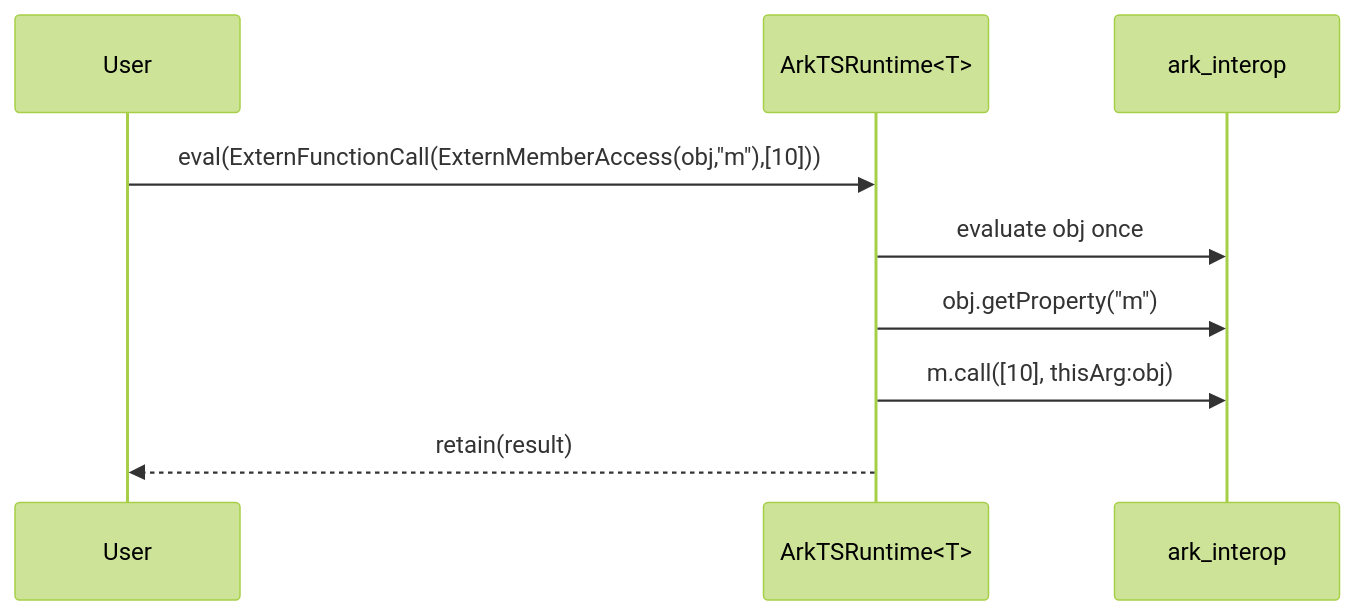
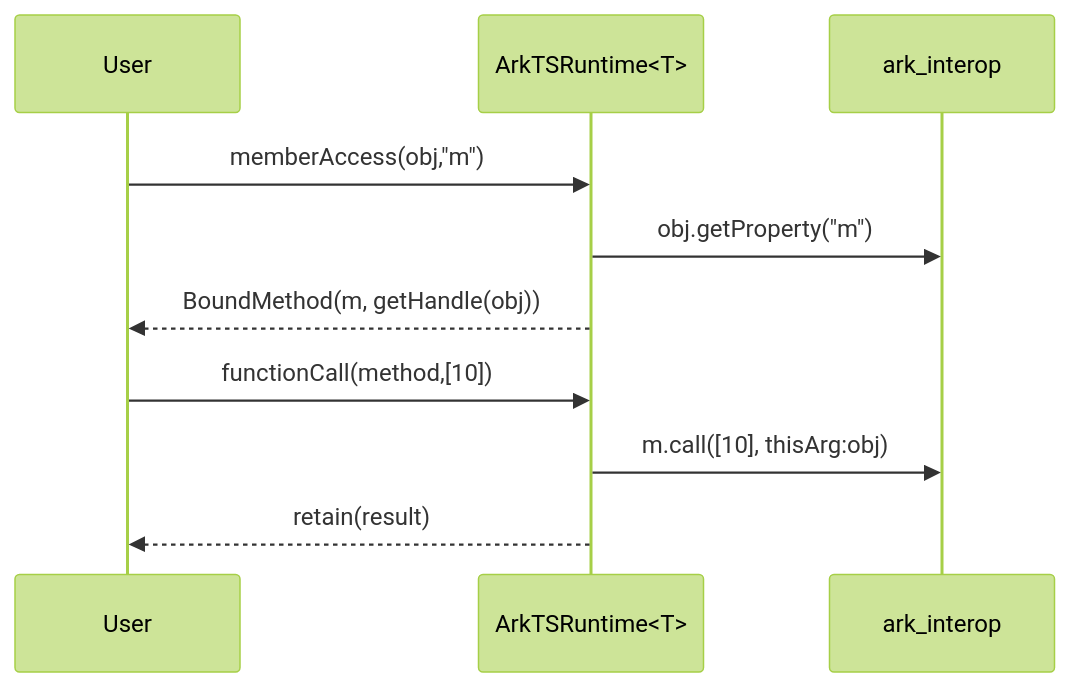
The third of 3 diagrams in docs/arkts_runtime_design_simple_model.md (CJPLUK/cangjie_extern), drawn with Mermaid (forest theme) before and after one commit. The commit also changed other lines of this file, not shown here.

````diff
--- a/docs/arkts_runtime_design_simple_model.md
+++ b/docs/arkts_runtime_design_simple_model.md
@@ -529,11 +506,12 @@
 ```mermaid
 sequenceDiagram
     participant U as User
     participant A as ArkTSRuntime<T>
     participant O as ark_interop
-    U->>A: eval(ExternFunctionCall(ExternMemberAccess(obj,"m"),[10]))
-    A->>O: evaluate obj once
+    U->>A: memberAccess(obj,"m")
     A->>O: obj.getProperty("m")
+    A-->>U: BoundMethod(m, getHandle(obj))
+    U->>A: functionCall(method,[10])
     A->>O: m.call([10], thisArg:obj)
     A-->>U: retain(result)
 ```
````
